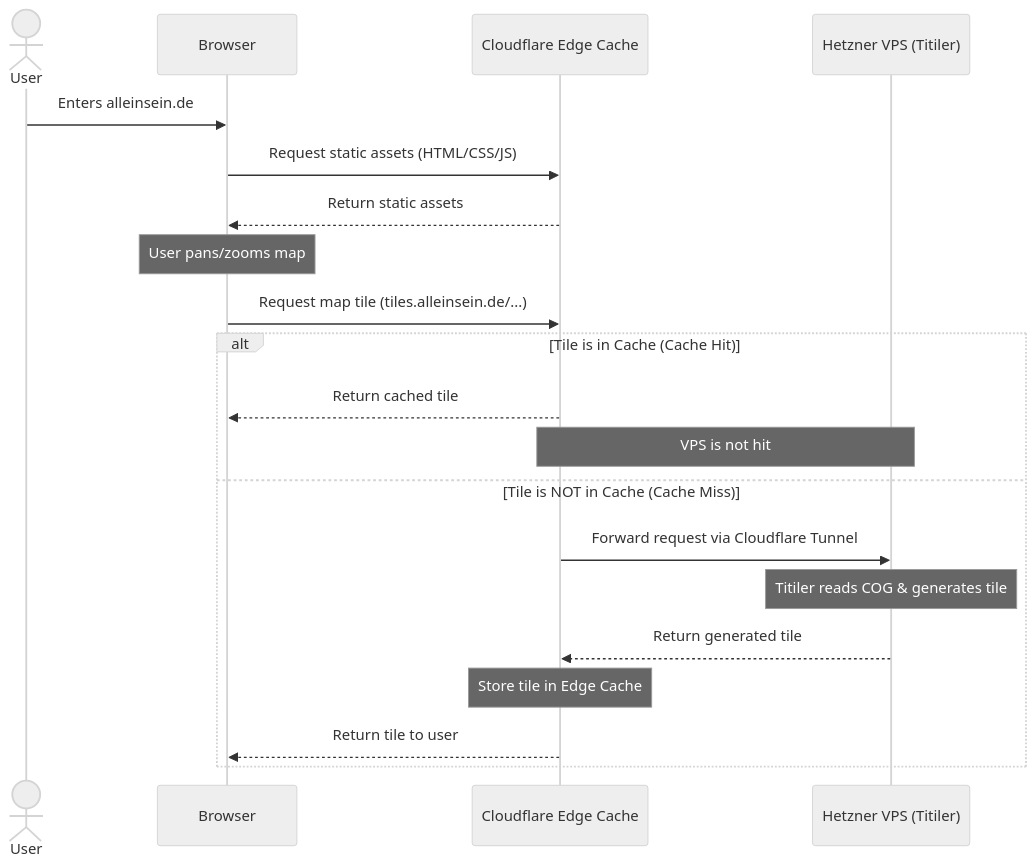
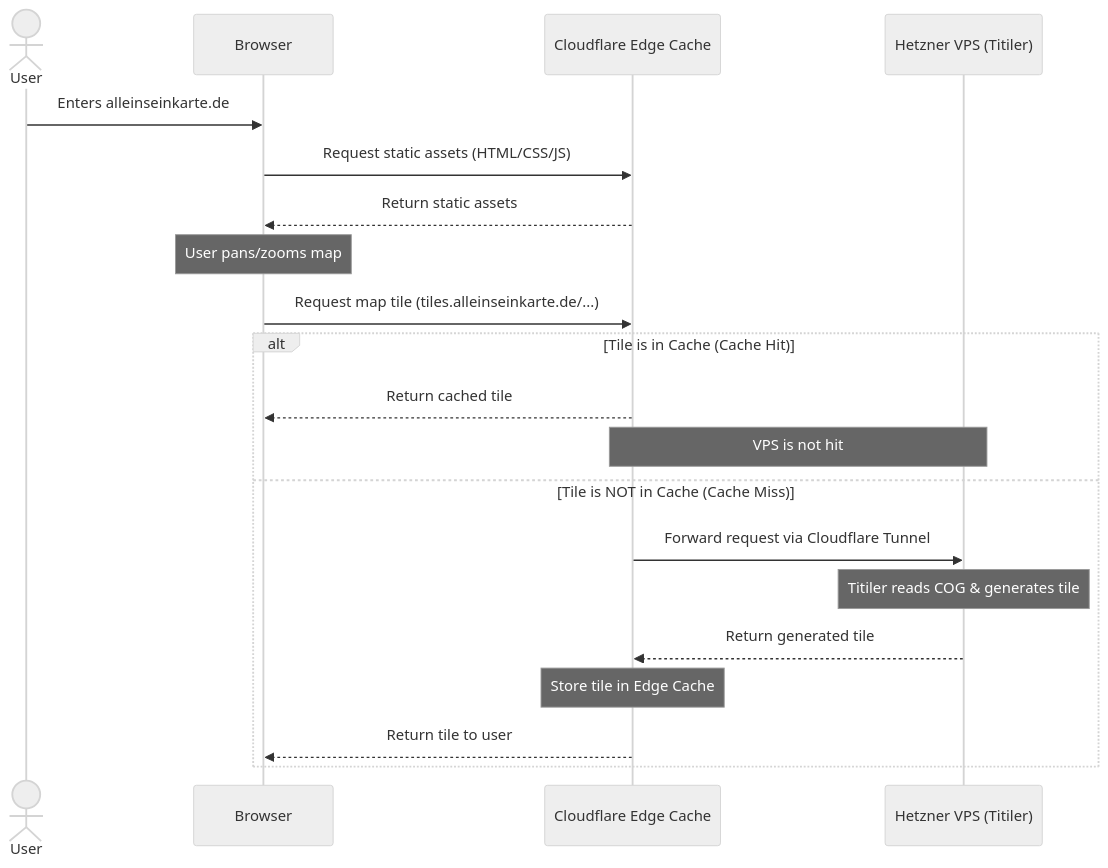
One commit to gregor-d/alleinsein changed the second of 2 diagrams in docs/architecture.md. Above: the diagram before and after it, drawn with Mermaid (neutral theme). The commit also changed other lines of this file, not shown here.

Commit message:
fix: update domain references in architecture documentation

````diff
--- a/docs/architecture.md
+++ b/docs/architecture.md
@@ -42,26 +42,26 @@
 ```mermaid
 sequenceDiagram
     actor User
     participant Browser
     participant CF_Cache as Cloudflare Edge Cache
     participant VPS as Hetzner VPS (Titiler)
 
-    User->>Browser: Enters alleinsein.de
+    User->>Browser: Enters alleinseinkarte.de
     Browser->>CF_Cache: Request static assets (HTML/CSS/JS)
     CF_Cache-->>Browser: Return static assets
     
     Note over Browser: User pans/zooms map
     
-    Browser->>CF_Cache: Request map tile (tiles.alleinsein.de/...)
+    Browser->>CF_Cache: Request map tile (tiles.alleinseinkarte.de/...)
     
     alt Tile is in Cache (Cache Hit)
         CF_Cache-->>Browser: Return cached tile
         Note over CF_Cache, VPS: VPS is not hit
     else Tile is NOT in Cache (Cache Miss)
         CF_Cache->>VPS: Forward request via Cloudflare Tunnel
         Note over VPS: Titiler reads COG & generates tile
         VPS-->>CF_Cache: Return generated tile
         Note over CF_Cache: Store tile in Edge Cache
         CF_Cache-->>Browser: Return tile to user
     end
 ```
````
